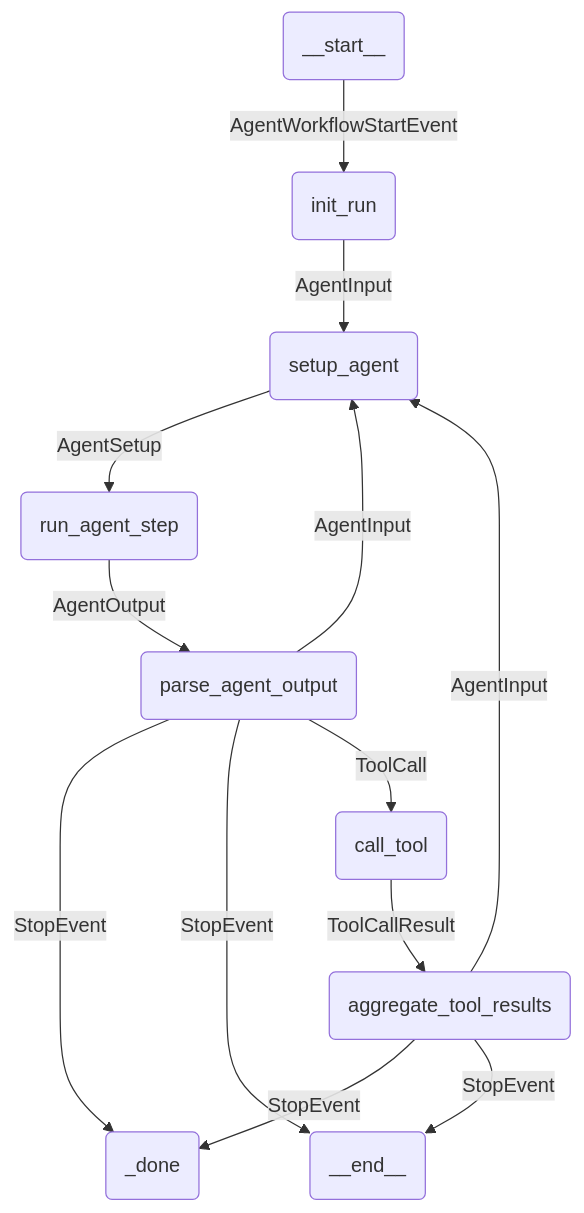
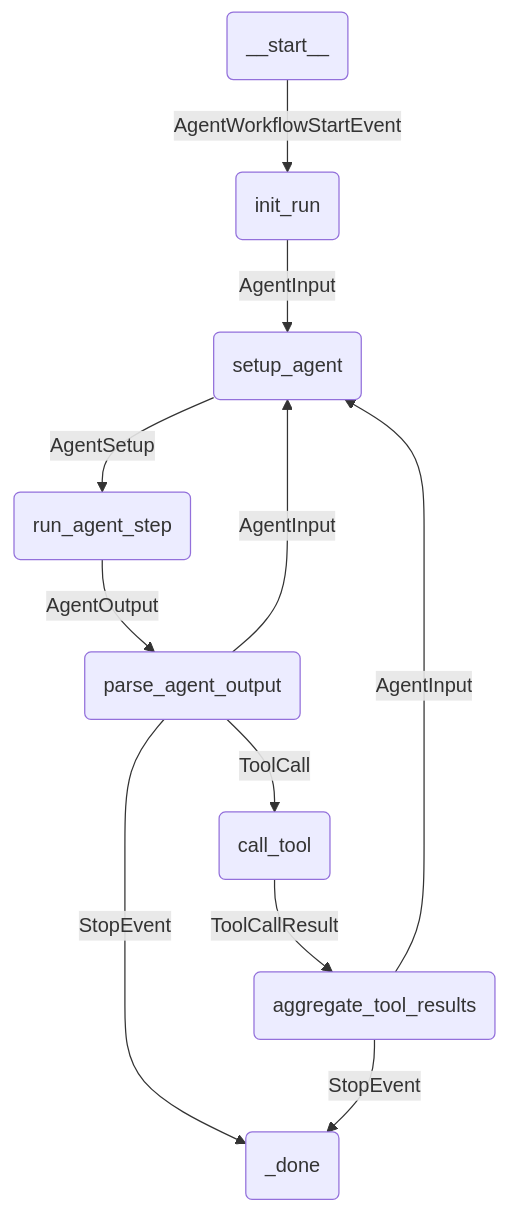
The diagram in samples/simple-hitl-agent/agent.mermaid (UiPath/uipath-llamaindex-python), drawn with Mermaid before and after one commit. The commit also changed 7 other files, not shown here.

```diff
--- a/samples/simple-hitl-agent/agent.mermaid
+++ b/samples/simple-hitl-agent/agent.mermaid
@@ -1,22 +1,19 @@
 flowchart TB
   __start__(__start__)
   _done(_done)
   aggregate_tool_results(aggregate_tool_results)
   call_tool(call_tool)
   init_run(init_run)
   parse_agent_output(parse_agent_output)
   run_agent_step(run_agent_step)
   setup_agent(setup_agent)
-  __end__(__end__)
   aggregate_tool_results --> |AgentInput|setup_agent
   aggregate_tool_results --> |StopEvent|_done
-  aggregate_tool_results --> |StopEvent|__end__
   call_tool --> |ToolCallResult|aggregate_tool_results
   __start__ --> |AgentWorkflowStartEvent|init_run
   init_run --> |AgentInput|setup_agent
   parse_agent_output --> |StopEvent|_done
-  parse_agent_output --> |StopEvent|__end__
   parse_agent_output --> |AgentInput|setup_agent
   parse_agent_output --> |ToolCall|call_tool
   run_agent_step --> |AgentOutput|parse_agent_output
   setup_agent --> |AgentSetup|run_agent_step
```
